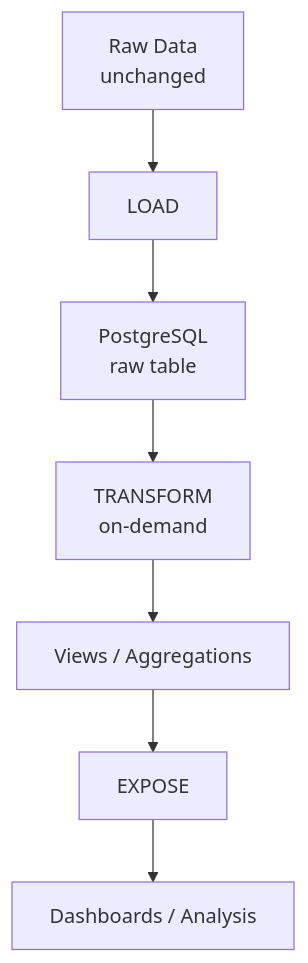
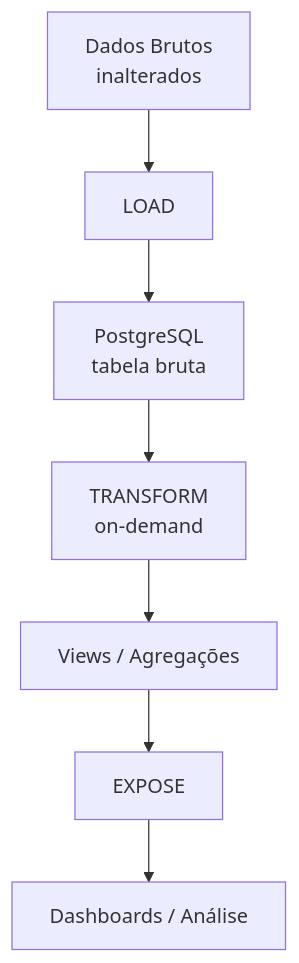
One commit to Quantilica/docs changed the second of 4 diagrams in docs/concepts/pipelines.md. Above: the diagram before and after it, drawn with Mermaid. The commit also changed other lines of this file and 31 other files, not shown here.

````diff
--- a/docs/concepts/pipelines.md
+++ b/docs/concepts/pipelines.md
@@ -117,9 +117,9 @@
 ```mermaid
 graph TD
-    A["Raw Data<br/>unchanged"] --> B["LOAD"]
-    B --> C["PostgreSQL<br/>raw table"]
+    A["Dados Brutos<br/>inalterados"] --> B["LOAD"]
+    B --> C["PostgreSQL<br/>tabela bruta"]
     C --> D["TRANSFORM<br/>on-demand"]
-    D --> E["Views / Aggregations"]
+    D --> E["Views / Agregações"]
     E --> F["EXPOSE"]
-    F --> G["Dashboards / Analysis"]
+    F --> G["Dashboards / Análise"]
 ```
````
